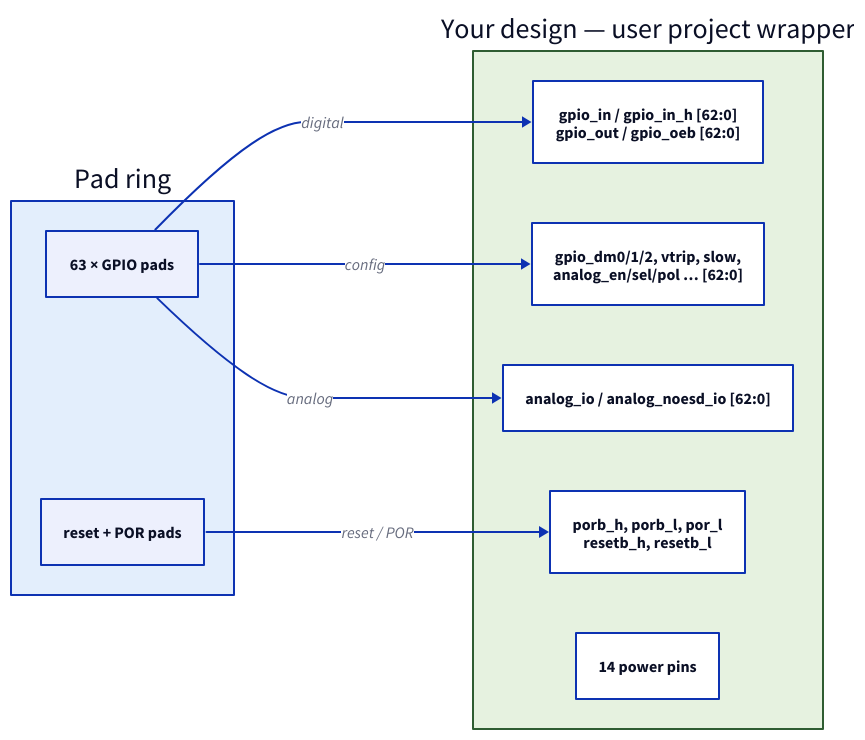
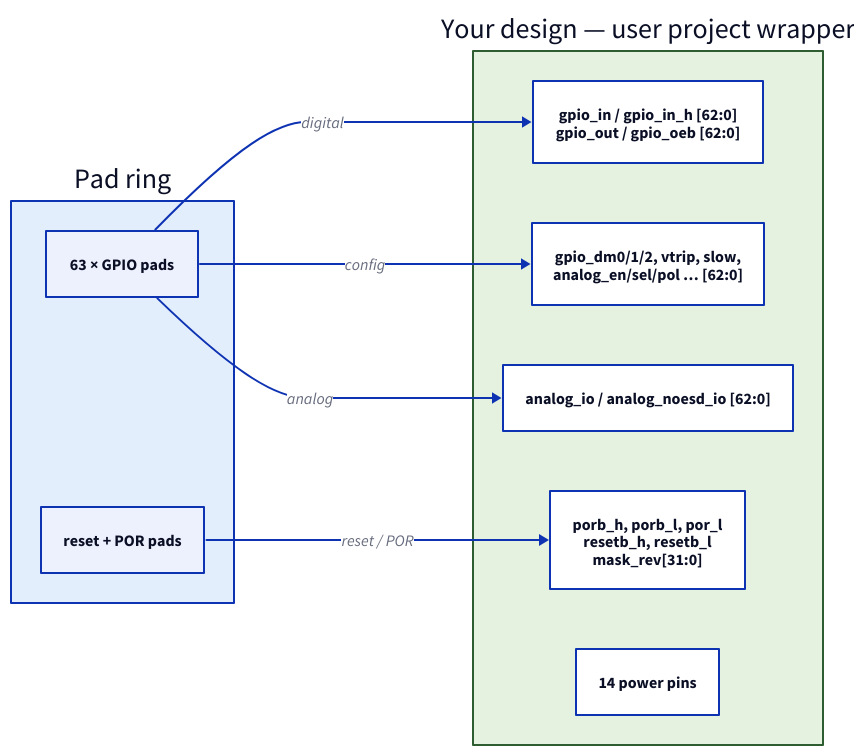
The diagram in docs/generated/boundary.d2 (chipfoundry/double_wide_openframe), drawn with D2 before and after one commit. The commit also changed 17 other files, not shown here.

```diff
--- a/docs/generated/boundary.d2
+++ b/docs/generated/boundary.d2
@@ -1,23 +1,23 @@
 # AUTO-GENERATED by scripts/gen_datasheet_figures.py
 vars: { d2-config: { theme-id: 0; sketch: false } }
 direction: right
 
 ring: Pad ring {
   style.fill: "#e3eefc"
   gpio: "63 × GPIO pads"
   rst: "reset + POR pads"
 }
 
 user: "Your design — user project wrapper" {
   style: { fill: "#e6f2e0"; stroke: "#2f5d32" }
   data: "gpio_in / gpio_in_h [62:0]\ngpio_out / gpio_oeb [62:0]" { style.fill: "#ffffff" }
   cfg: "gpio_dm0/1/2, vtrip, slow,\nanalog_en/sel/pol … [62:0]" { style.fill: "#ffffff" }
   ana: "analog_io / analog_noesd_io [62:0]" { style.fill: "#ffffff" }
-  por: "porb_h, porb_l, por_l\nresetb_h, resetb_l" { style.fill: "#ffffff" }
+  por: "porb_h, porb_l, por_l\nresetb_h, resetb_l\nmask_rev[31:0]" { style.fill: "#ffffff" }
   pwr: "14 power pins" { style.fill: "#ffffff" }
 }
 
 ring.gpio -> user.data: digital
 ring.gpio -> user.cfg: config
 ring.gpio -> user.ana: analog
 ring.rst -> user.por: reset / POR
```
